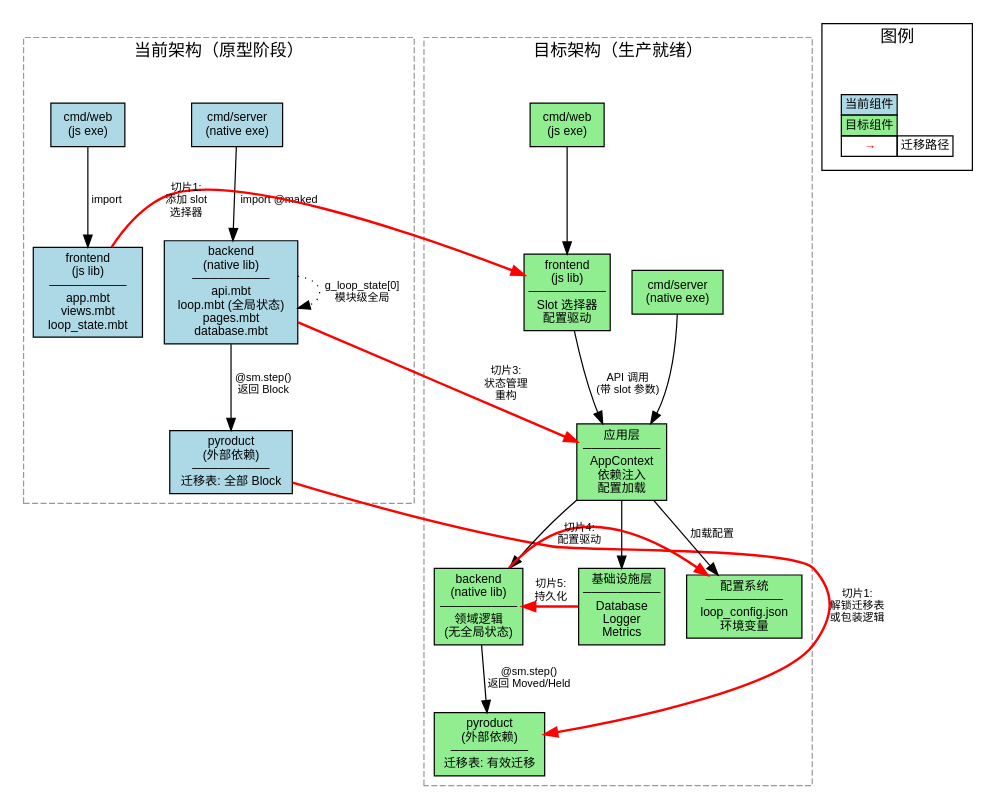
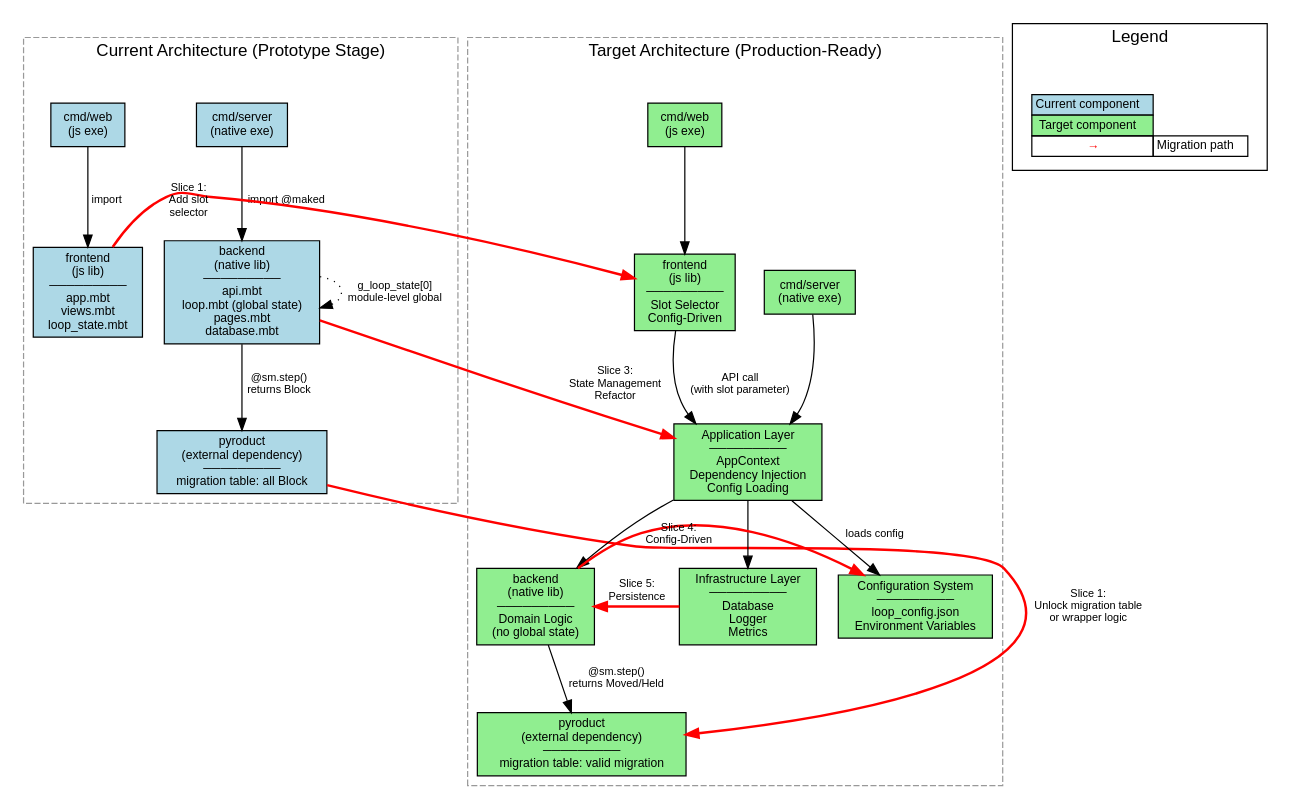
Before and after one commit to riantr/MAKED: the diagram in current-vs-target-architecture.dot, drawn with Graphviz. The commit also changed 29 other files, not shown here.

First line of the commit message:
Release v0.1.4: table-derived drive slots, chained init fetch, all-English UI

```diff
--- a/current-vs-target-architecture.dot
+++ b/current-vs-target-architecture.dot
@@ -1,74 +1,74 @@
 digraph evolution {
   rankdir=TB;
   fontname="Helvetica";
   node [fontname="Helvetica", fontsize=10];
   edge [fontname="Helvetica", fontsize=9];
   
   subgraph cluster_current {
-    label="当前架构（原型阶段）";
+    label="Current Architecture (Prototype Stage)";
     style=dashed;
     color=gray60;
     
     node [shape=box, style=filled, fillcolor=lightblue];
     
     cmd_server [label="cmd/server\n(native exe)"];
     cmd_web [label="cmd/web\n(js exe)"];
-    backend [label="backend\n(native lib)\n─────────\napi.mbt\nloop.mbt (全局状态)\npages.mbt\ndatabase.mbt"];
+    backend [label="backend\n(native lib)\n─────────\napi.mbt\nloop.mbt (global state)\npages.mbt\ndatabase.mbt"];
     frontend [label="frontend\n(js lib)\n─────────\napp.mbt\nviews.mbt\nloop_state.mbt"];
-    pyroduct [label="pyroduct\n(外部依赖)\n─────────\n迁移表: 全部 Block"];
+    pyroduct [label="pyroduct\n(external dependency)\n─────────\nmigration table: all Block"];
     
     cmd_server -> backend [label="import @maked"];
     cmd_web -> frontend [label="import"];
-    backend -> pyroduct [label="@sm.step()\n返回 Block"];
-    backend -> backend [label="g_loop_state[0]\n模块级全局", style=dotted];
+    backend -> pyroduct [label="@sm.step()\nreturns Block"];
+    backend -> backend [label="g_loop_state[0]\nmodule-level global", style=dotted];
   }
   
   subgraph cluster_target {
-    label="目标架构（生产就绪）";
+    label="Target Architecture (Production-Ready)";
     style=dashed;
     color=gray60;
     
     node [shape=box, style=filled, fillcolor=lightgreen];
     
     cmd_server_t [label="cmd/server\n(native exe)"];
     cmd_web_t [label="cmd/web\n(js exe)"];
-    app_layer [label="应用层\n─────────\nAppContext\n依赖注入\n配置加载"];
-    backend_t [label="backend\n(native lib)\n─────────\n领域逻辑\n(无全局状态)"];
-    infra [label="基础设施层\n─────────\nDatabase\nLogger\nMetrics"];
-    frontend_t [label="frontend\n(js lib)\n─────────\nSlot 选择器\n配置驱动"];
-    pyroduct_t [label="pyroduct\n(外部依赖)\n─────────\n迁移表: 有效迁移"];
-    config [label="配置系统\n─────────\nloop_config.json\n环境变量"];
+    app_layer [label="Application Layer\n─────────\nAppContext\nDependency Injection\nConfig Loading"];
+    backend_t [label="backend\n(native lib)\n─────────\nDomain Logic\n(no global state)"];
+    infra [label="Infrastructure Layer\n─────────\nDatabase\nLogger\nMetrics"];
+    frontend_t [label="frontend\n(js lib)\n─────────\nSlot Selector\nConfig-Driven"];
+    pyroduct_t [label="pyroduct\n(external dependency)\n─────────\nmigration table: valid migration"];
+    config [label="Configuration System\n─────────\nloop_config.json\nEnvironment Variables"];
     
     cmd_server_t -> app_layer;
     cmd_web_t -> frontend_t;
     app_layer -> backend_t;
     app_layer -> infra;
-    app_layer -> config [label="加载配置"];
-    backend_t -> pyroduct_t [label="@sm.step()\n返回 Moved/Held"];
-    frontend_t -> app_layer [label="API 调用\n(带 slot 参数)"];
+    app_layer -> config [label="loads config"];
+    backend_t -> pyroduct_t [label="@sm.step()\nreturns Moved/Held"];
+    frontend_t -> app_layer [label="API call\n(with slot parameter)"];
   }
   
   // Migration arrows
   edge [style=bold, color=red, constraint=false];
-  backend -> app_layer [label="切片3:\n状态管理\n重构"];
-  pyroduct -> pyroduct_t [label="切片1:\n解锁迁移表\n或包装逻辑"];
-  frontend -> frontend_t [label="切片1:\n添加 slot\n选择器"];
-  backend_t -> config [label="切片4:\n配置驱动"];
-  infra -> backend_t [label="切片5:\n持久化"];
+  backend -> app_layer [label="Slice 3:\nState Management\nRefactor"];
+  pyroduct -> pyroduct_t [label="Slice 1:\nUnlock migration table\nor wrapper logic"];
+  frontend -> frontend_t [label="Slice 1:\nAdd slot\nselector"];
+  backend_t -> config [label="Slice 4:\nConfig-Driven"];
+  infra -> backend_t [label="Slice 5:\nPersistence"];
   
   // Legend
   subgraph cluster_legend {
-    label="图例";
+    label="Legend";
     style=solid;
     color=black;
     
     node [shape=plaintext];
     legend [label=<
       <table border="0" cellborder="1" cellspacing="0">
-        <tr><td bgcolor="lightblue">当前组件</td></tr>
-        <tr><td bgcolor="lightgreen">目标组件</td></tr>
-        <tr><td><font color="red">→</font></td><td>迁移路径</td></tr>
+        <tr><td bgcolor="lightblue">Current component</td></tr>
+        <tr><td bgcolor="lightgreen">Target component</td></tr>
+        <tr><td><font color="red">→</font></td><td>Migration path</td></tr>
       </table>
     >];
   }
 }
```
